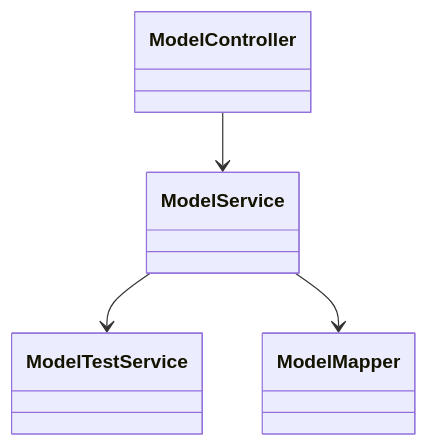
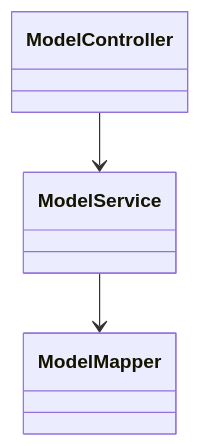
The fifth of 22 diagrams in docs/tech/开发落地手册-模块详细设计.md (zhyea/knot), drawn with Mermaid before and after one commit. The commit also changed other lines of this file and 12 other files, not shown here.

````diff
--- a/docs/tech/开发落地手册-模块详细设计.md
+++ b/docs/tech/开发落地手册-模块详细设计.md
@@ -110,10 +110,8 @@
 ```mermaid
 classDiagram
 class ModelController
 class ModelService
-class ModelTestService
 class ModelMapper
 ModelController --> ModelService
-ModelService --> ModelTestService
 ModelService --> ModelMapper
 ```
````
